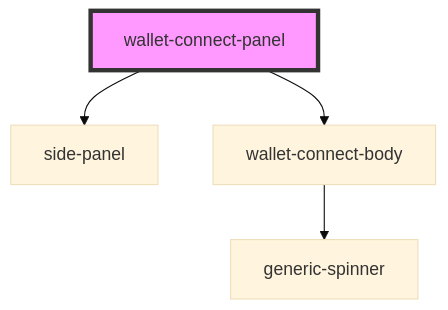
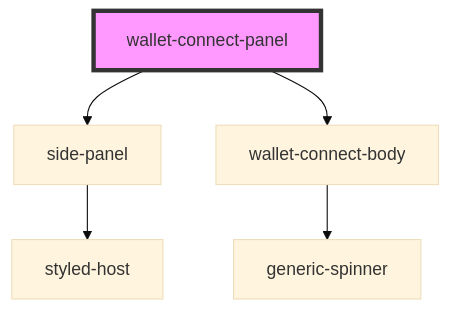
One commit to multiversx/mx-sdk-dapp-ui changed the diagram in src/components/functional/wallet-connect-components/readme.md. Above: the diagram before and after it, drawn with Mermaid (base theme). The commit also changed 16 other files, not shown here.

````diff
--- a/src/components/functional/wallet-connect-components/readme.md
+++ b/src/components/functional/wallet-connect-components/readme.md
@@ -34,7 +34,8 @@
 ```mermaid
 graph TD;
   wallet-connect-panel --> side-panel
   wallet-connect-panel --> wallet-connect-body
+  side-panel --> styled-host
   wallet-connect-body --> generic-spinner
   style wallet-connect-panel fill:#f9f,stroke:#333,stroke-width:4px
 ```
````
